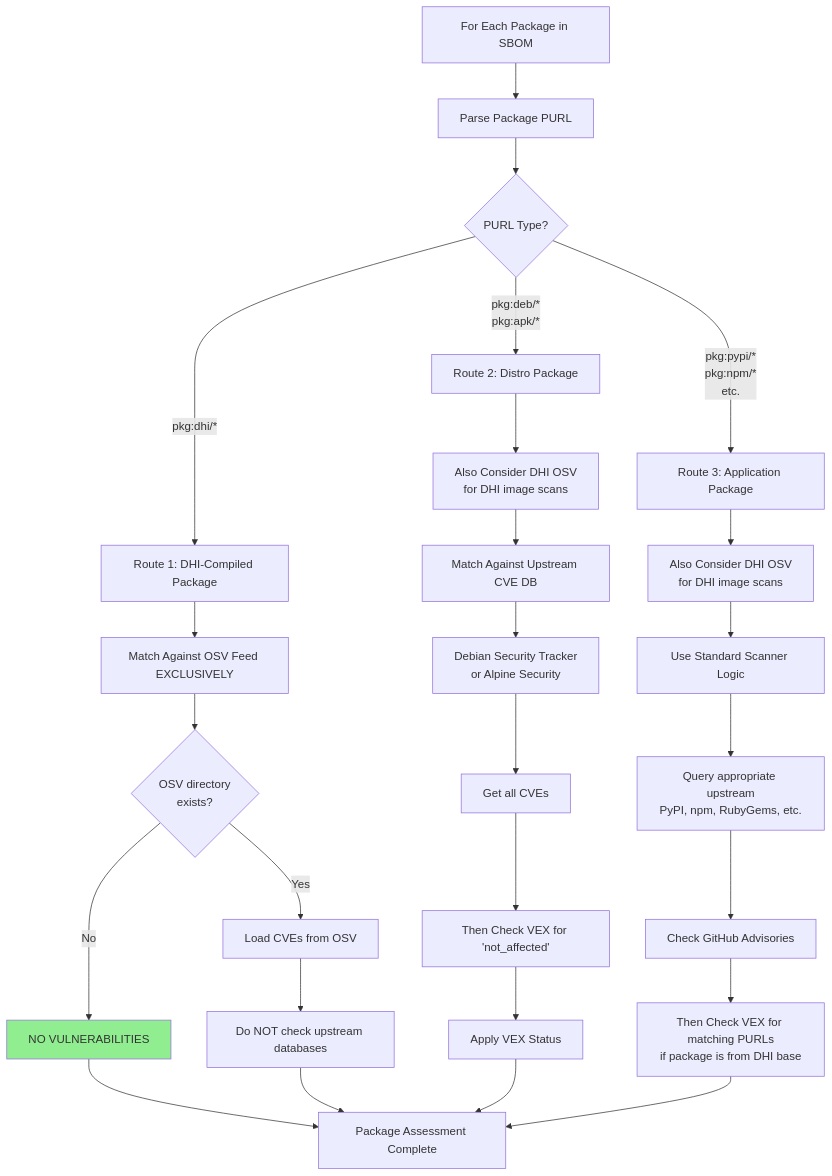
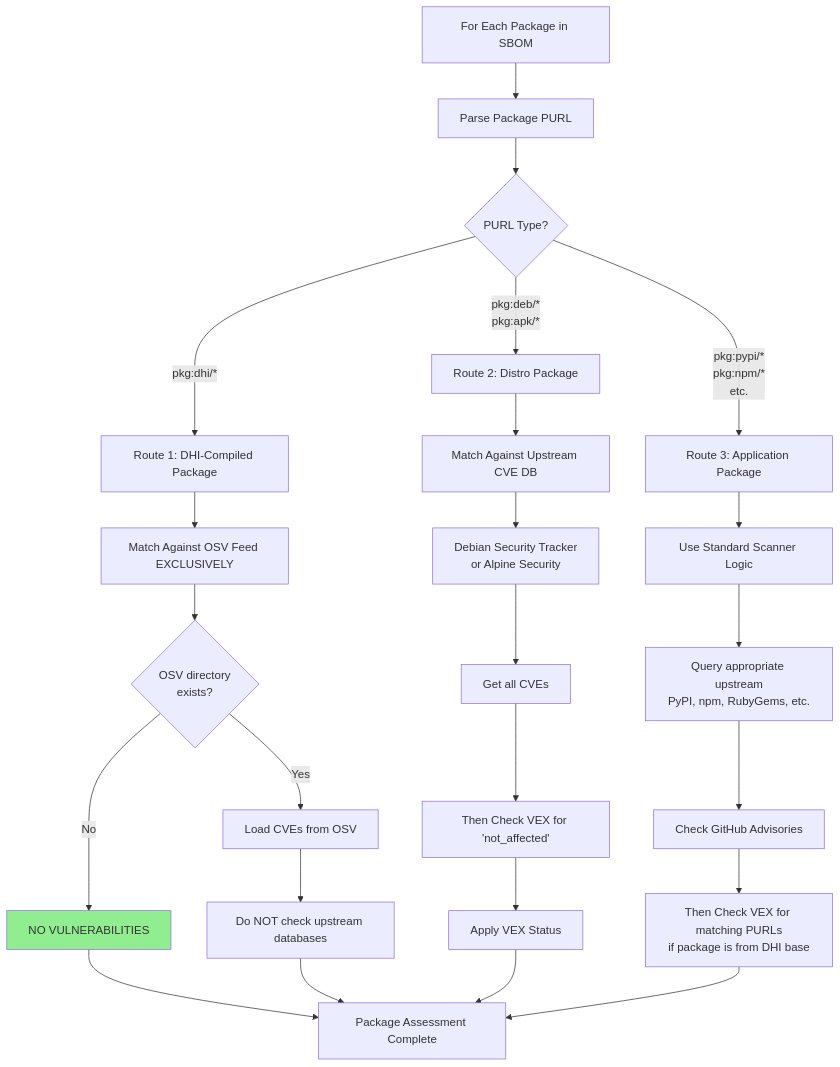
The fifth of 9 diagrams in integration/current-production/docs/decision-trees.md (docker-hardened-images/advisories), drawn with Mermaid before and after one commit. The commit also changed other lines of this file and 41 other files, not shown here.

````diff
--- a/integration/current-production/docs/decision-trees.md
+++ b/integration/current-production/docs/decision-trees.md
@@ -97,35 +97,33 @@
 ```mermaid
 graph TD
     A[For Each Package in SBOM] --> B[Parse Package PURL]
     B --> C{PURL Type?}
     
     C -->|pkg:dhi/*| D[Route 1: DHI-Compiled Package]
     C -->|pkg:deb/*<br/>pkg:apk/*| E[Route 2: Distro Package]
     C -->|pkg:pypi/*<br/>pkg:npm/*<br/>etc.| F[Route 3: Application Package]
     
     D --> D1[Match Against OSV Feed EXCLUSIVELY]
     D1 --> D2{OSV directory<br/>exists?}
     D2 -->|No| D3[NO VULNERABILITIES]
     D2 -->|Yes| D4[Load CVEs from OSV]
     D4 --> D5[Do NOT check upstream databases]
     
-    E --> E0[Also Consider DHI OSV<br/>for DHI image scans]
-    E0 --> E1[Match Against Upstream CVE DB]
+    E --> E1[Match Against Upstream CVE DB]
     E1 --> E2[Debian Security Tracker<br/>or Alpine Security]
     E2 --> E3[Get all CVEs]
     E3 --> E4[Then Check VEX for 'not_affected']
     E4 --> E5[Apply VEX Status]
     
-    F --> F0[Also Consider DHI OSV<br/>for DHI image scans]
-    F0 --> F1[Use Standard Scanner Logic]
+    F --> F1[Use Standard Scanner Logic]
     F1 --> F2[Query appropriate upstream<br/>PyPI, npm, RubyGems, etc.]
     F2 --> F3[Check GitHub Advisories]
     F3 --> F4[Then Check VEX for matching PURLs<br/>if package is from DHI base]
     
     D3 --> G[Package Assessment Complete]
     D5 --> G
     E5 --> G
     F4 --> G
     
     style D3 fill:#90EE90
 ```
````
